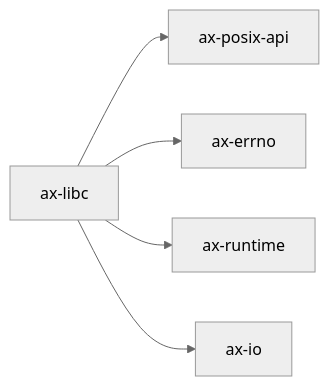
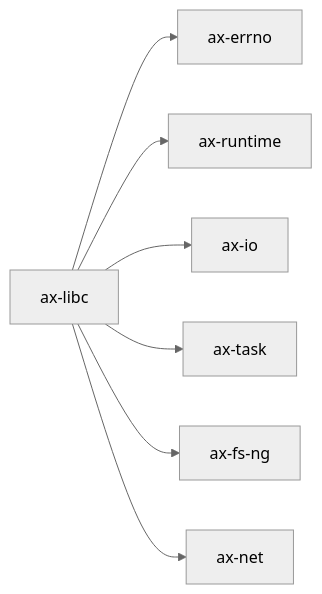
One commit to rcore-os/tgoskits changed the diagram in docs/docs/components/crates/ax-libc.md. Above: the diagram before and after it, drawn with Mermaid (neutral theme). The commit also changed other lines of this file and 130 other files, not shown here.

Commit message:
Remove `ax-api` and `ax-posix-api` crates, making `axstd` and `axlibc` directly depend on ArceOS modules

````diff
--- a/docs/docs/components/crates/ax-libc.md
+++ b/docs/docs/components/crates/ax-libc.md
@@ -38,8 +38,10 @@
 ```mermaid
 graph LR
     current["ax-libc"]
-    current --> ax-posix-api["ax-posix-api"]
     current --> ax_errno["ax-errno"]
     current --> ax-runtime["ax-runtime"]
     current --> axio["ax-io"]
+    current --> ax_task["ax-task"]
+    current --> ax_fs_ng["ax-fs-ng"]
+    current --> ax_net["ax-net"]
 ```
````
